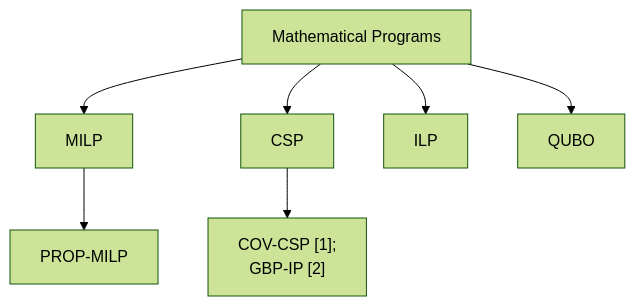
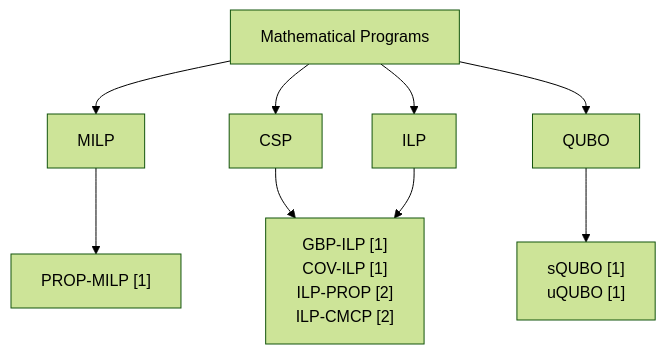
Before and after one commit to NodesOnFire/GBP-MPs: the diagram in README.md, drawn with Mermaid (forest theme).

````diff
--- a/README.md
+++ b/README.md
@@ -4,10 +4,16 @@
 ```mermaid
 graph TD;
     MP["Mathematical Programs"] --> MILP;
     MP["Mathematical Programs"] --> CSP;
     MP["Mathematical Programs"] --> ILP;
     MP["Mathematical Programs"] --> QUBO;
-    MILP --> a["PROP-MILP"];
-    CSP --> b["COV-CSP [1];
-               GBP-IP [2]"];
+    MILP --> a["PROP-MILP [1]"];
+    CSP --> b["COV-CSP [1]
+               GBP-IP [3]"];
+    ILP --> b["GBP-ILP [1]
+               COV-ILP [1]
+               ILP-PROP [2]
+               ILP-CMCP [2]"];
+    QUBO --> c["sQUBO [1]
+                uQUBO [1]"];
 ```
````
